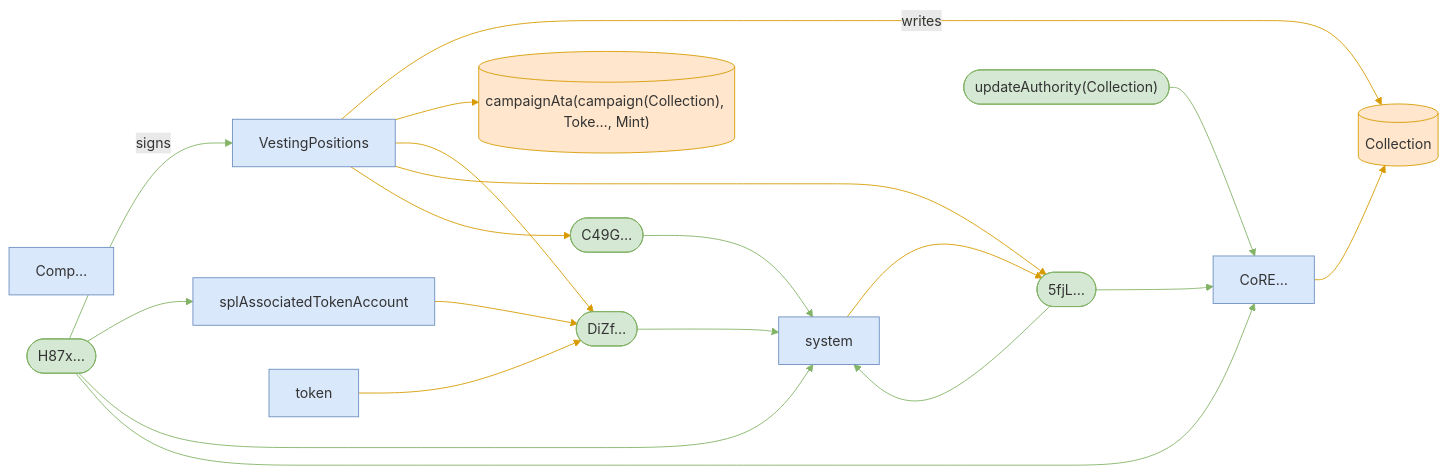
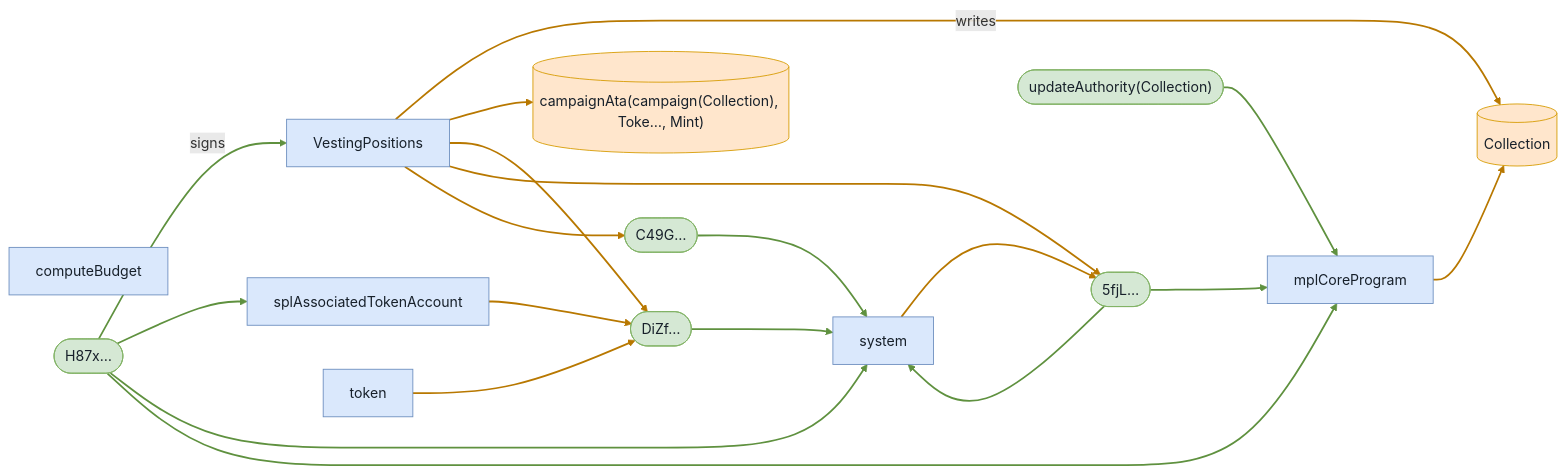
Before and after one commit to cds-turbin3/vesting-position: the fifth of 9 diagrams in babelfish-tests/test-report/scenario_6_not_owner_subsequent_claim_fails.md, drawn with Mermaid. The commit also changed other lines of this file and 106 other files, not shown here.

````diff
--- a/babelfish-tests/test-report/scenario_6_not_owner_subsequent_claim_fails.md
+++ b/babelfish-tests/test-report/scenario_6_not_owner_subsequent_claim_fails.md
@@ -280,39 +278,39 @@
 ```mermaid
 flowchart LR
-    Comp["Comp…"]:::program
+    computeBudget["computeBudget"]:::program
     VestingPositions["VestingPositions"]:::program
     H87x(["H87x…"]):::signer
     Collection[("Collection")]:::state
     campaignAtacampaignCollectionTokeMint[("campaignAta(campaign(Collection), Toke…, Mint)")]:::state
     DiZf(["DiZf…"]):::signer
     n5fjL(["5fjL…"]):::signer
     C49G(["C49G…"]):::signer
     splAssociatedTokenAccount["splAssociatedTokenAccount"]:::program
     token["token"]:::program
     system["system"]:::program
-    CoRE["CoRE…"]:::program
+    mplCoreProgram["mplCoreProgram"]:::program
     updateAuthorityCollection(["updateAuthority(Collection)"]):::signer
     H87x -->|signs| VestingPositions
     VestingPositions -->|writes| Collection
     VestingPositions --> campaignAtacampaignCollectionTokeMint
     VestingPositions --> DiZf
     VestingPositions --> n5fjL
     VestingPositions --> C49G
     H87x --> splAssociatedTokenAccount
     splAssociatedTokenAccount --> DiZf
     H87x --> system
     DiZf --> system
     token --> DiZf
     C49G --> system
-    n5fjL --> CoRE
-    CoRE --> Collection
-    updateAuthorityCollection --> CoRE
-    H87x --> CoRE
+    n5fjL --> mplCoreProgram
+    mplCoreProgram --> Collection
+    updateAuthorityCollection --> mplCoreProgram
+    H87x --> mplCoreProgram
     n5fjL --> system
     system --> n5fjL
-    classDef program fill:#dae8fc,stroke:#6c8ebf;
-    classDef signer fill:#d5e8d4,stroke:#82b366;
-    classDef state fill:#ffe6cc,stroke:#d79b00;
-    linkStyle 0,6,8,9,11,12,14,15,16 stroke:#82b366
-    linkStyle 1,2,3,4,5,7,10,13,17 stroke:#d79b00
+    classDef program fill:#dae8fc,stroke:#6c8ebf,color:#17202a;
+    classDef signer fill:#d5e8d4,stroke:#82b366,color:#17202a;
+    classDef state fill:#ffe6cc,stroke:#d79b00,color:#17202a;
+    linkStyle 0,6,8,9,11,12,14,15,16 stroke:#5f913f,stroke-width:2px
+    linkStyle 1,2,3,4,5,7,10,13,17 stroke:#b87800,stroke-width:2px
 ```
````
